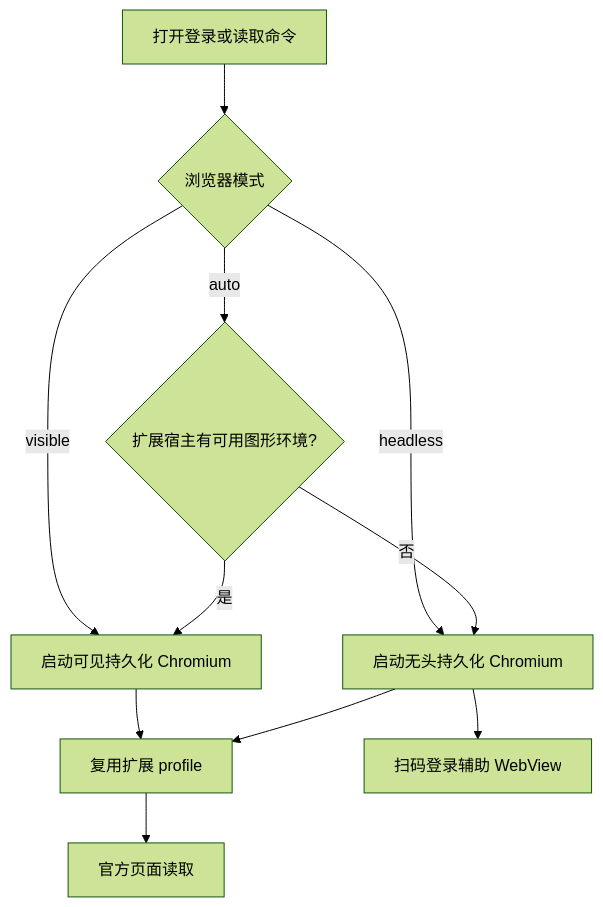
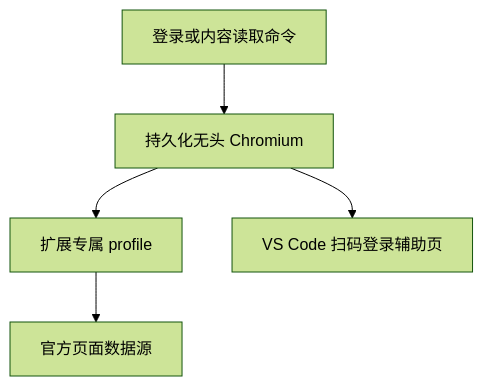
One commit to SmilingPixel/xiaohongshu-fisher changed the second of 5 diagrams in docs/architecture.md. Above: the diagram before and after it, drawn with Mermaid (forest theme). The commit also changed other lines of this file and 4 other files, not shown here.

````diff
--- a/docs/architecture.md
+++ b/docs/architecture.md
@@ -73,13 +73,7 @@
 ```mermaid
 flowchart TD
-    Start[打开登录或读取命令] --> Config{浏览器模式}
-    Config -->|visible| Visible[启动可见持久化 Chromium]
-    Config -->|headless| Headless[启动无头持久化 Chromium]
-    Config -->|auto| Detect{扩展宿主有可用图形环境?}
-    Detect -->|是| Visible
-    Detect -->|否| Headless
-    Visible --> Session[复用扩展 profile]
-    Headless --> Session
-    Session --> Read[官方页面读取]
-    Headless --> LoginUI[扫码登录辅助 WebView]
+    Start[登录或内容读取命令] --> Browser[持久化无头 Chromium]
+    Browser --> Session[扩展专属 profile]
+    Session --> Read[官方页面数据源]
+    Browser --> LoginUI[VS Code 扫码登录辅助页]
 ```
````
